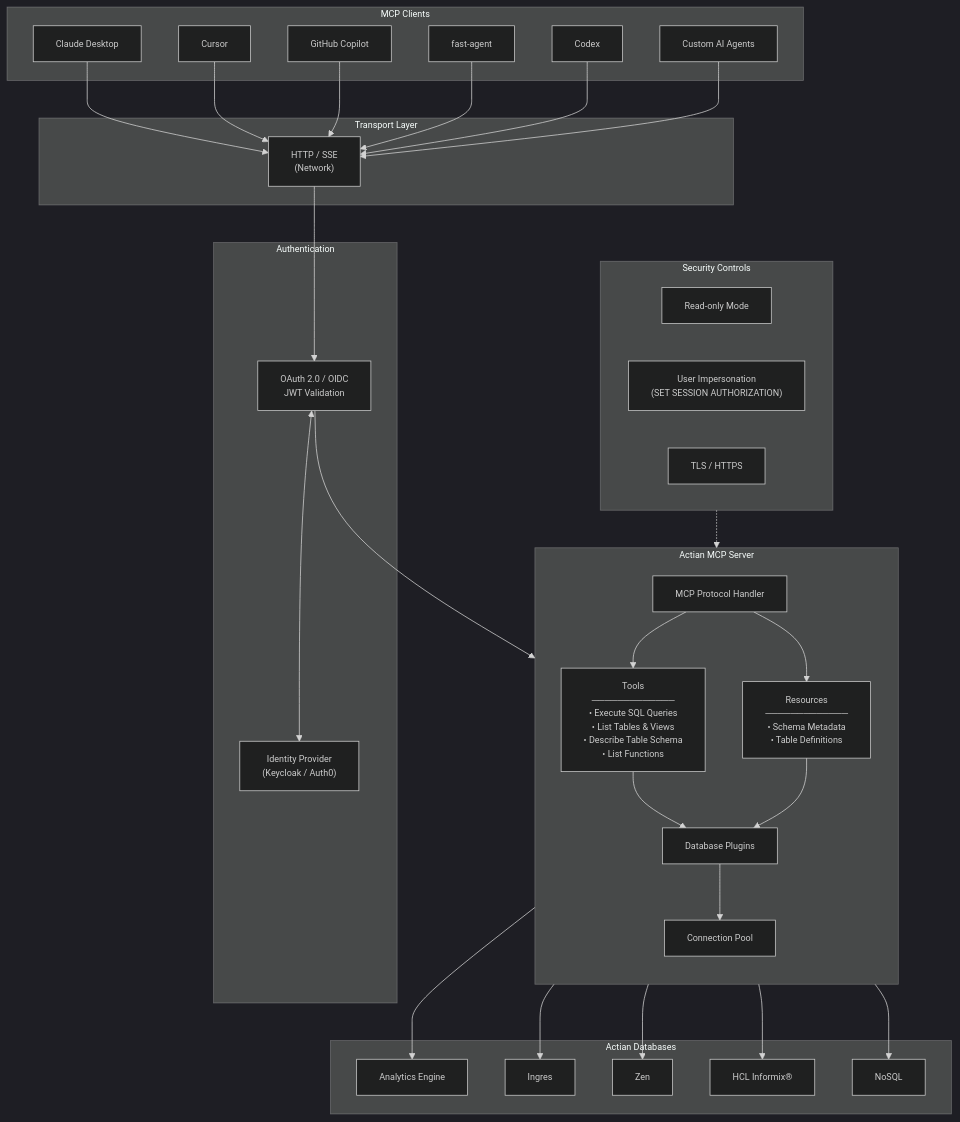
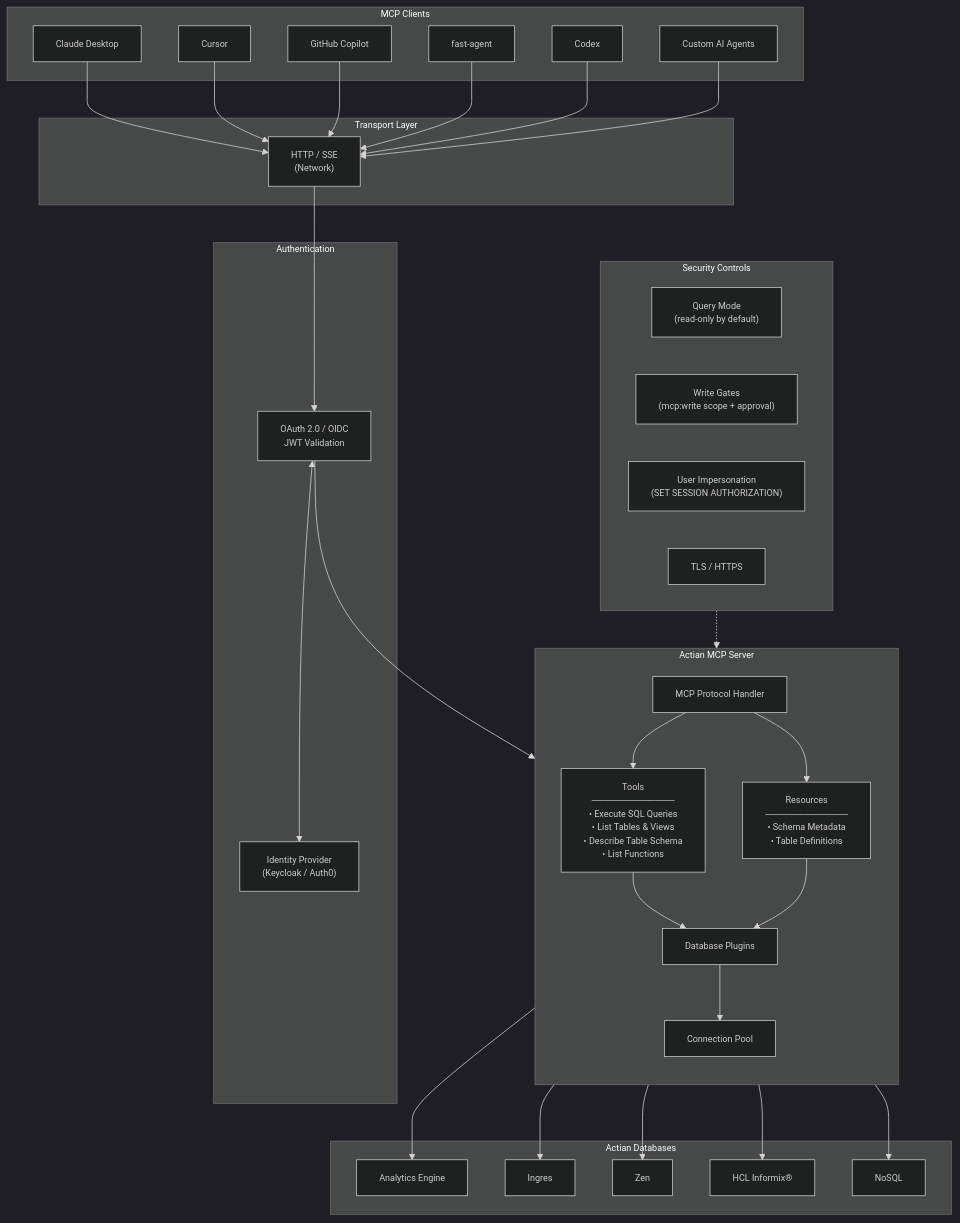
The first of 2 diagrams in docs/intro/index.md (ActianCorp/mcp-server-docs), drawn with Mermaid before and after one commit. The commit also changed other lines of this file, not shown here.

Commit message:
docs: cover write support in the introduction capabilities
The capabilities grid listed only Read-only Mode, which read as though
read-only were the only option now that write mode ships.

- Reword that card to Read-only by Default and add a Controlled Write Access
  card noting the scope and approval gates.
- Update the architecture diagram's security controls to show query mode and
  the write gates rather than a single read-only node.

````diff
--- a/docs/intro/index.md
+++ b/docs/intro/index.md
@@ -37,70 +37,73 @@
 ```mermaid
 %%{init: {'theme': 'dark', 'themeVariables': {'fontSize': '12px', 'fontFamily': 'arial'}}}%%
 flowchart TB
     subgraph Clients["MCP Clients"]
         claude["Claude Desktop"]
         cursor["Cursor"]
         copilot["GitHub Copilot"]
         fastagent["fast-agent"]
         codex["Codex"]
         custom["Custom AI Agents"]
     end
 
     subgraph Transport["Transport Layer"]
         http["HTTP / SSE
 (Network)"]
     end
 
     subgraph Auth["Authentication"]
         idp["Identity Provider
 (Keycloak / Auth0)"]
         oauth["OAuth 2.0 / OIDC
 JWT Validation"]
     end
 
     subgraph MCP["Actian MCP Server"]
         direction TB
         core["MCP Protocol Handler"]
         tools["Tools
 ─────────────
 • Execute SQL Queries
 • List Tables & Views
 • Describe Table Schema
 • List Functions"]
         resources["Resources
 ─────────────
 • Schema Metadata
 • Table Definitions"]
         plugins["Database Plugins"]
         pool["Connection Pool"]
     end
 
     subgraph Databases["Actian Databases"]
         ae["Analytics Engine"]
         ingres["Ingres"]
         zen["Zen"]
         informix["HCL Informix®"]
         nosql["NoSQL"]
     end
 
     subgraph Security["Security Controls"]
-        readonly["Read-only Mode"]
+        readonly["Query Mode
+(read-only by default)"]
+        writegate["Write Gates
+(mcp:write scope + approval)"]
         impersonation["User Impersonation
 (SET SESSION AUTHORIZATION)"]
         tls["TLS / HTTPS"]
     end
 
     claude & cursor & copilot & fastagent & codex & custom --> http
 
     http --> oauth
     oauth <--> idp
     oauth --> core
 
     core --> tools & resources
     tools & resources --> plugins
     plugins --> pool
 
     pool --> ae & ingres & zen & informix & nosql
 
     Security -.-> MCP
 ```
````
